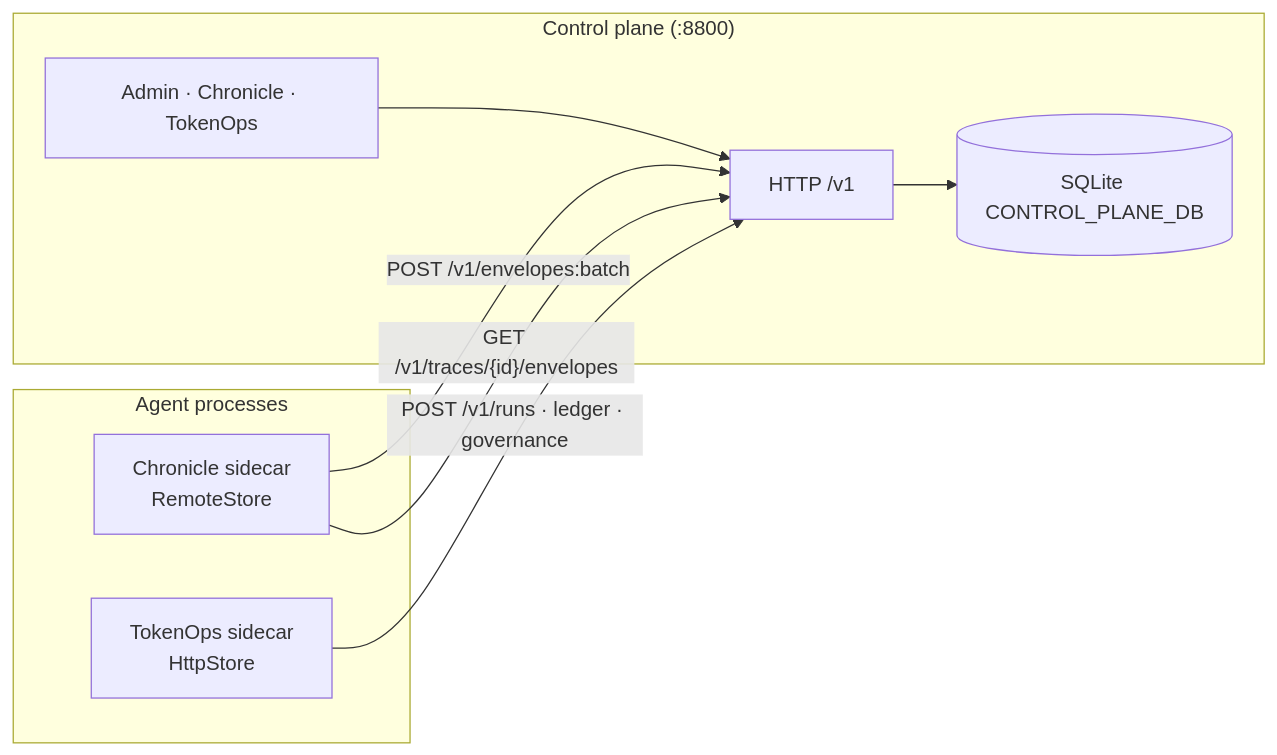
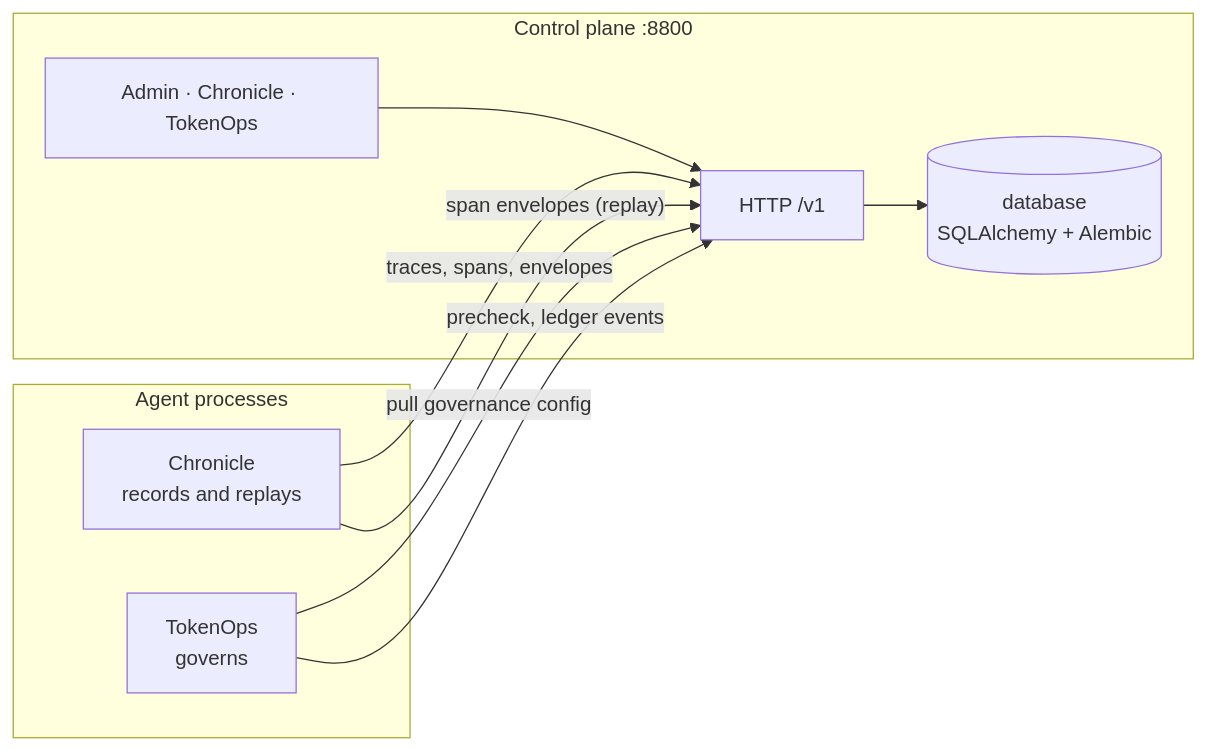
Before and after one commit to theagentplane/control-plane: the diagram in README.md, drawn with Mermaid. The commit also changed other lines of this file and 149 other files, not shown here.

First line of the commit message:
Control plane 1.0: primitives schema, governance on SQLAlchemy and Alembic, primitives-style repository (#24)

````diff
--- a/README.md
+++ b/README.md
@@ -41,19 +35,18 @@
 ```mermaid
 flowchart LR
     subgraph AGENTS["Agent processes"]
-      C["Chronicle sidecar<br/>RemoteStore"]
-      T["TokenOps sidecar<br/>HttpStore"]
+      C["Chronicle<br/>records and replays"]
+      T["TokenOps<br/>governs"]
     end
-
-    subgraph PLANE["Control plane (:8800)"]
+    subgraph PLANE["Control plane :8800"]
       API["HTTP /v1"]
       UI["Admin · Chronicle · TokenOps"]
-      DB[("SQLite CONTROL_PLANE_DB")]
+      DB[("database<br/>SQLAlchemy + Alembic")]
       API --> DB
       UI --> API
     end
-
-    C -->|"POST /v1/envelopes:batch"| API
-    C -->|"GET /v1/traces/{id}/envelopes"| API
-    T -->|"POST /v1/runs · ledger · governance"| API
+    C -->|"traces, spans, envelopes"| API
+    C -->|"span envelopes (replay)"| API
+    T -->|"pull governance config"| API
+    T -->|"precheck, ledger events"| API
 ```
````
